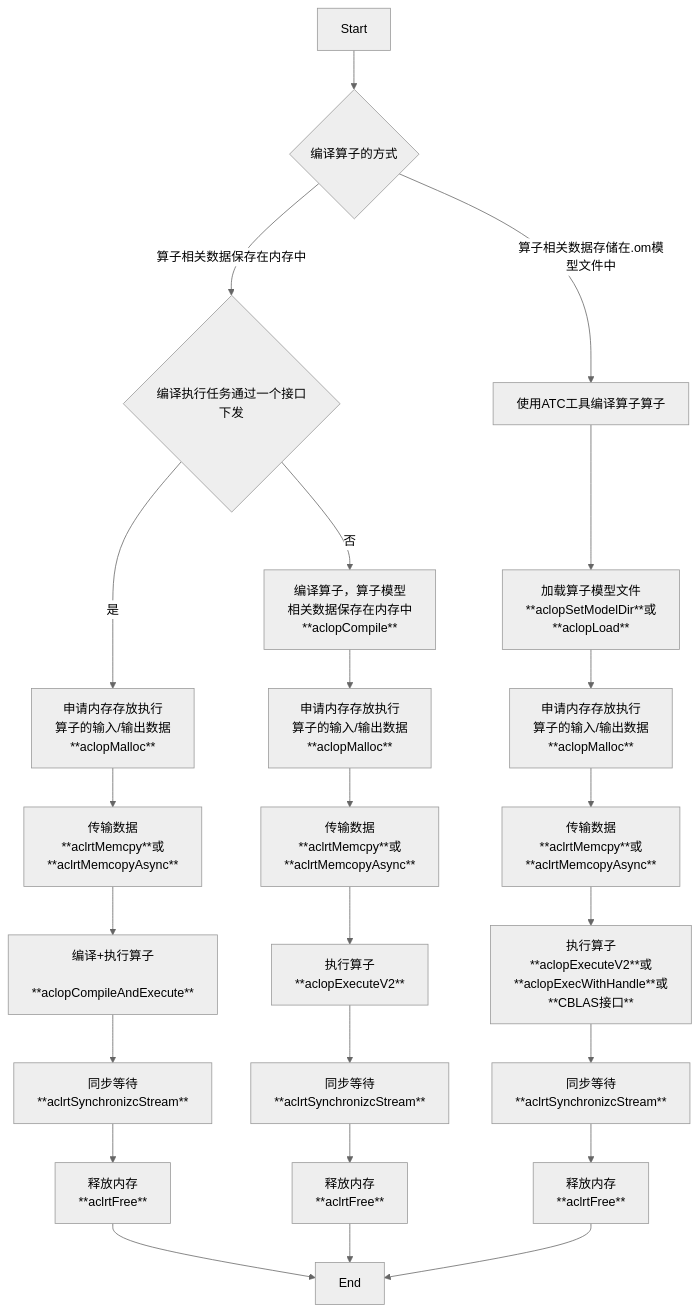
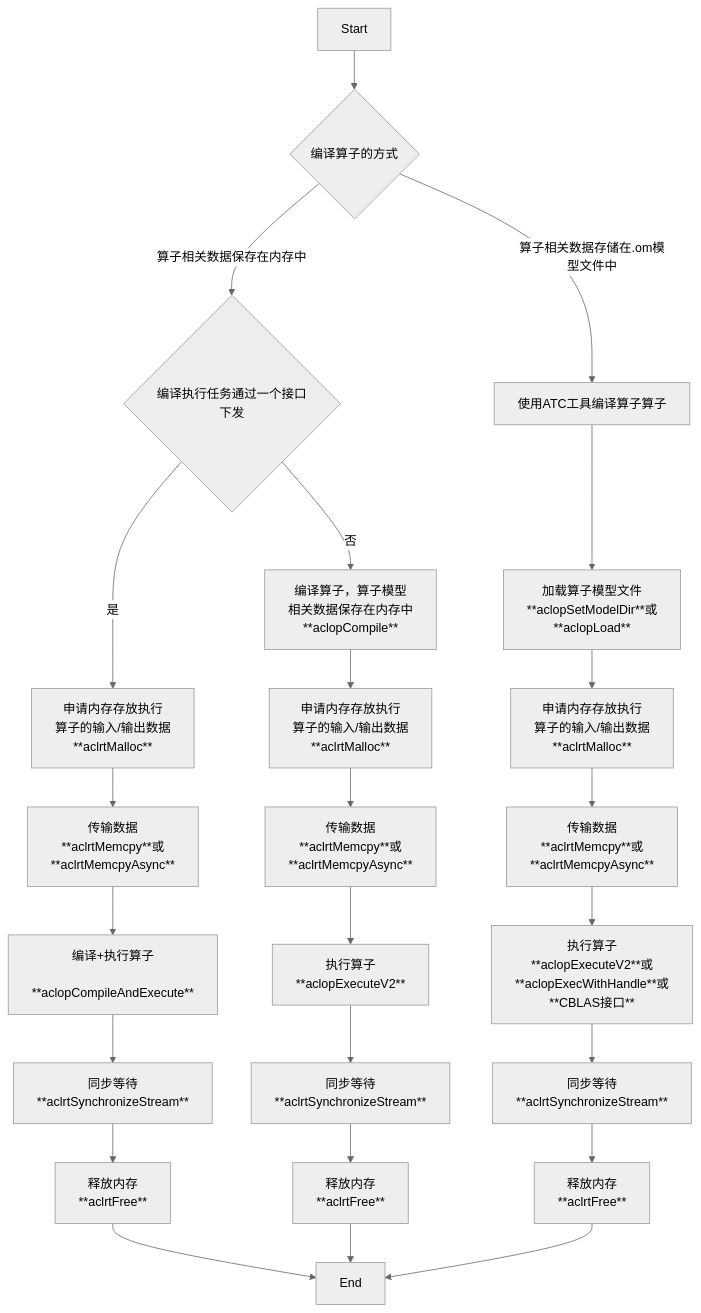
Before and after one commit to Deepcity/deepcity.github.io: the diagram in src/data/blog/AscendC-part4-operator-invocation.md, drawn with Mermaid (neutral theme). The commit also changed other lines of this file and 20 other files, not shown here.

````diff
--- a/src/data/blog/AscendC-part4-operator-invocation.md
+++ b/src/data/blog/AscendC-part4-operator-invocation.md
@@ -56,47 +58,47 @@
 ```mermaid
 flowchart TD
 	Start --> compile{编译算子的方式} 
 	ifone{编译执行任务通过一个接口下发}
 	compile -- 算子相关数据保存在内存中 --> ifone
 	atccompile[使用ATC工具编译算子算子]
 	compile -- 算子相关数据存储在.om模型文件中 --> atccompile
 	aclopmalloc[申请内存存放执行
 	算子的输入/输出数据
-	**aclopMalloc**]
+	**aclrtMalloc**]
 	ifone -- 是 --> aclopmalloc
 	aclopcompile[编译算子，算子模型
 	相关数据保存在内存中
 	**aclopCompile**]
 	ifone -- 否 --> aclopcompile
 	aclrtmemcpy[传输数据
 	**aclrtMemcpy**或
-	**aclrtMemcopyAsync**]
+	**aclrtMemcpyAsync**]
 	aclopmalloc --> aclrtmemcpy
 	aclrtmemcpy --> aclop[编译+执行算子
 	**aclopCompileAndExecute**] --> aclrtsync[同步等待
-	**aclrtSynchronizcStream**] --> aclrtfree[释放内存
+	**aclrtSynchronizeStream**] --> aclrtfree[释放内存
 	**aclrtFree**] --> End
 
 	aclopcompile --> aclrtmalloc2[申请内存存放执行
 	算子的输入/输出数据
-	**aclopMalloc**] --> aclrtmemcpy2[传输数据
+	**aclrtMalloc**] --> aclrtmemcpy2[传输数据
 	**aclrtMemcpy**或
-	**aclrtMemcopyAsync**] --> aclopexecute[执行算子
+	**aclrtMemcpyAsync**] --> aclopexecute[执行算子
 	**aclopExecuteV2**] --> aclrtsync2[同步等待
-	**aclrtSynchronizcStream**] --> aclrtfree2[释放内存
+	**aclrtSynchronizeStream**] --> aclrtfree2[释放内存
 	**aclrtFree**] --> End
 	
 	atccompile --> load[加载算子模型文件
 	**aclopSetModelDir**或
 	**aclopLoad**]
 	--> aclrtmalloc3[申请内存存放执行
 	算子的输入/输出数据
-	**aclopMalloc**] --> aclrtmemcpy3[传输数据
+	**aclrtMalloc**] --> aclrtmemcpy3[传输数据
 	**aclrtMemcpy**或
-	**aclrtMemcopyAsync**] --> aclopexecute2[执行算子
+	**aclrtMemcpyAsync**] --> aclopexecute2[执行算子
 	**aclopExecuteV2**或
 	**aclopExecWithHandle**或
 	**CBLAS接口**] --> aclrtsync3[同步等待
-	**aclrtSynchronizcStream**] --> aclrtfree3[释放内存
+	**aclrtSynchronizeStream**] --> aclrtfree3[释放内存
 	**aclrtFree**] --> End
 ```
````
